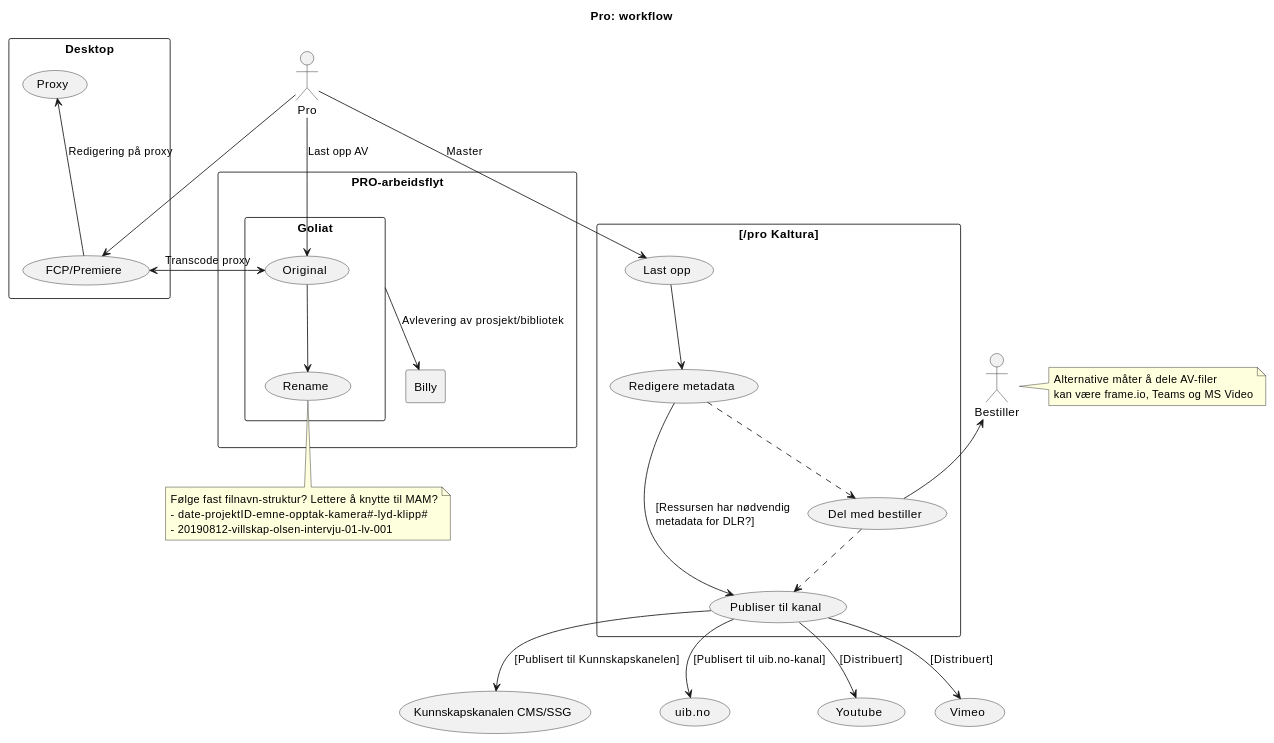
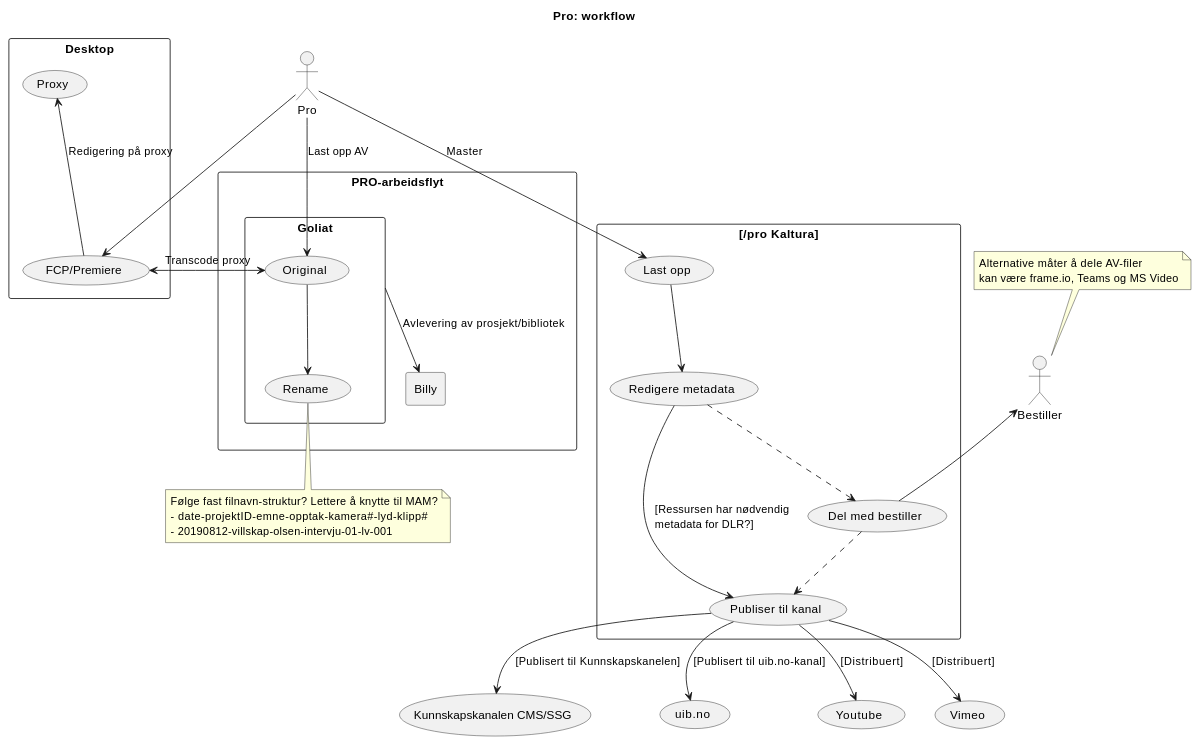
The diagram in src/docs/pro-workflow.md (tarjelavik/mam-dlr-architecture), drawn with PlantUML before and after one commit. The commit also changed other lines of this file and 3 other files, not shown here.

````diff
--- a/src/docs/pro-workflow.md
+++ b/src/docs/pro-workflow.md
@@ -9,65 +10,65 @@
 ```plantuml 
 @startuml
 
 title Pro: workflow
 
 rectangle Desktop {
     (FCP/Premiere)
     (Proxy)
 }
 
 rectangle "PRO-arbeidsflyt" as prowf {
     rectangle Goliat {
         (Original)
         (Rename)
     }
 
     rectangle Billy {
 
     }
 }
 
 rectangle "[[/pro Kaltura]]" {
     (Last opp)
     (Redigere metadata) as metadata
     (Del med bestiller)
     (Publiser til kanal) as channel
 }
 
 :Pro:
 :Bestiller:
 
 Bestiller <-- (Del med bestiller)
 
 Pro --> Original : "Last opp AV"
 Original --> Rename
 
 Pro --> (FCP/Premiere)
 Proxy <-- (FCP/Premiere) : "Redigering på proxy"
 (FCP/Premiere) <-> Original : "Transcode proxy"
 
 Goliat --> Billy : Avlevering av prosjekt/bibliotek
 
 Pro --> (Last opp) : Master
 (Last opp) --> metadata
 metadata ..> (Del med bestiller)
 (Del med bestiller) ..> channel
 metadata --> channel : "[Ressursen har nødvendig \lmetadata for DLR?]"
 
 channel --> (Kunnskapskanalen CMS/SSG) : "[Publisert til Kunnskapskanelen]"
 channel --> (uib.no) : "[Publisert til uib.no-kanal]"
 channel --> (Youtube) : "[Distribuert]"
 channel --> (Vimeo) : "[Distribuert]"
 
 note bottom of Rename
     Følge fast filnavn-struktur? Lettere å knytte til MAM?
     - date-projektID-emne-opptak-kamera#-lyd-klipp#
     - 20190812-villskap-olsen-intervju-01-lv-001
 end note
 
-note right of Bestiller 
+note top of Bestiller 
     Alternative måter å dele AV-filer
     kan være frame.io, Teams og MS Video
 end note
 @enduml
 ```
````
